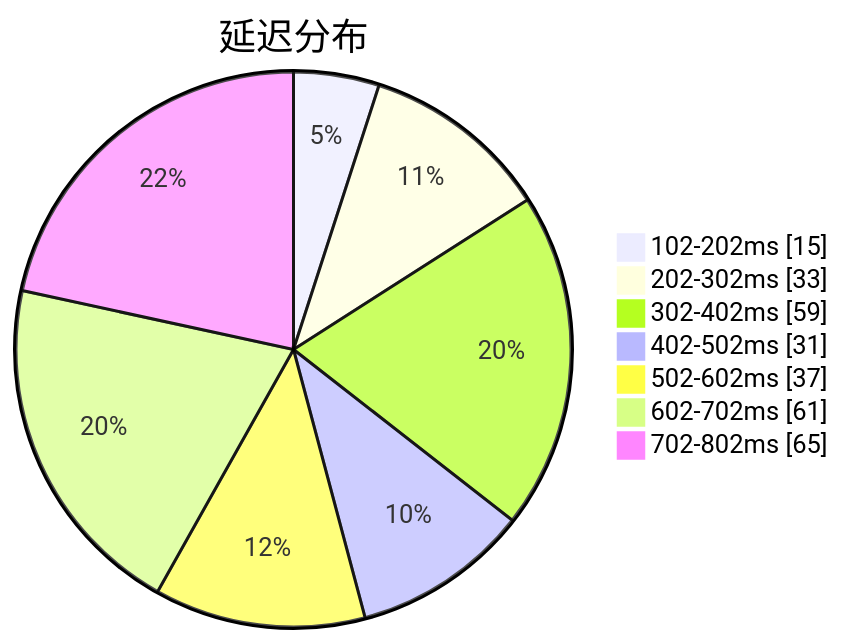
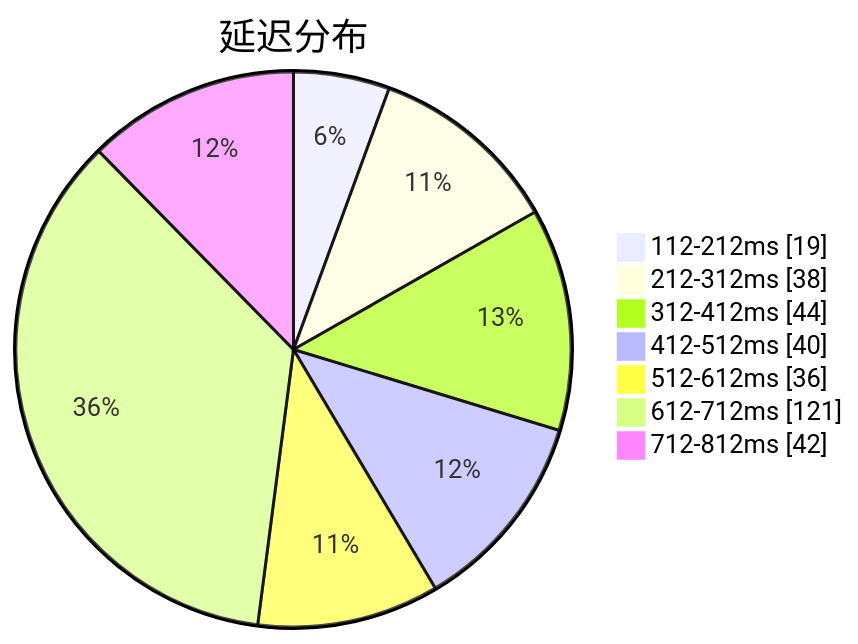
The first of 3 diagrams in subs/statistics/tested_within.md (sinspired/airport), drawn with Mermaid before and after one commit. The commit also changed other lines of this file and 2 other files, not shown here.

````diff
--- a/subs/statistics/tested_within.md
+++ b/subs/statistics/tested_within.md
@@ -2,11 +2,11 @@
 ```mermaid
 pie showData
 title 延迟分布
-"102-202ms" : 15
-"202-302ms" : 33
-"302-402ms" : 59
-"402-502ms" : 31
-"502-602ms" : 37
-"602-702ms" : 61
-"702-802ms" : 65
+"112-212ms" : 19
+"212-312ms" : 38
+"312-412ms" : 44
+"412-512ms" : 40
+"512-612ms" : 36
+"612-712ms" : 121
+"712-812ms" : 42
 ```
````
